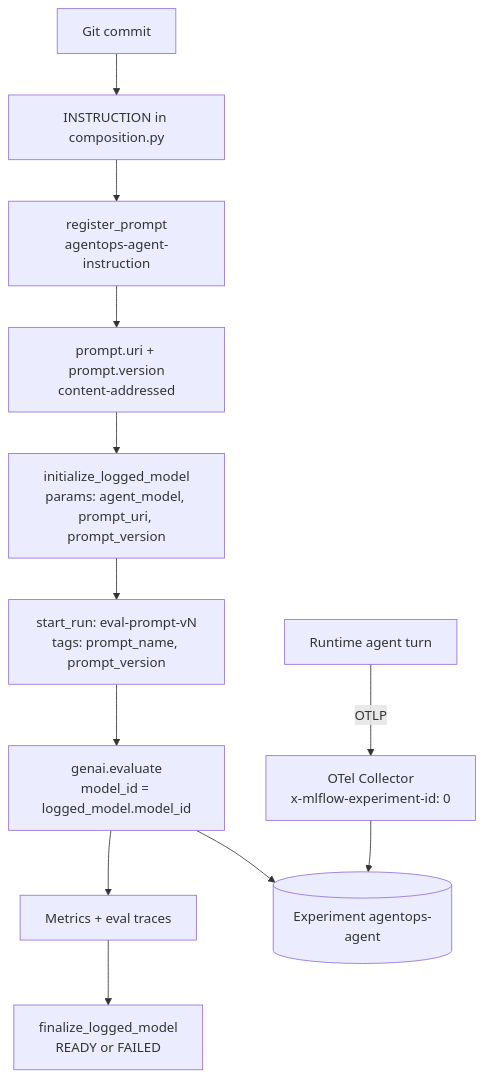
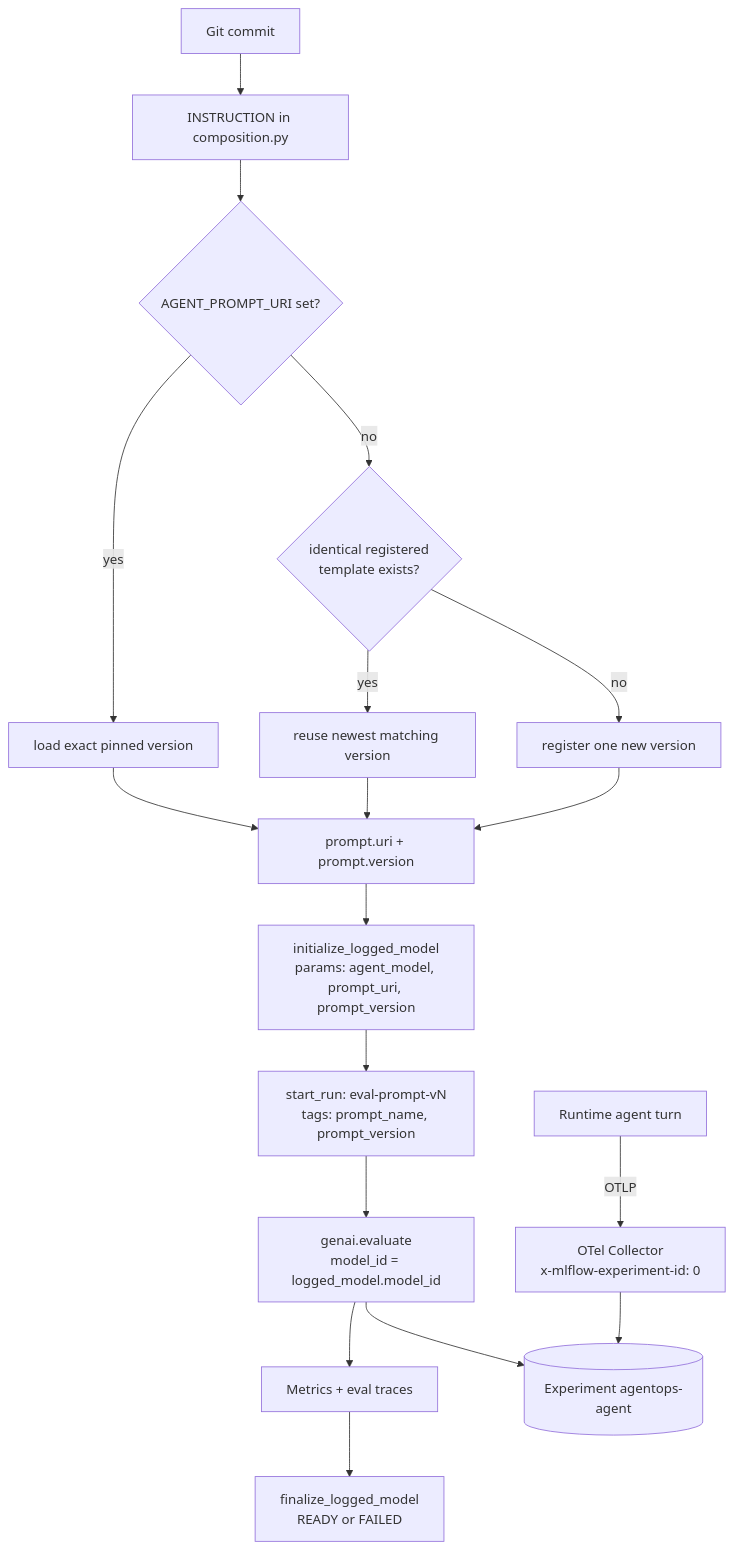
One commit to LuiGGi629/agentops-open-course changed the first of 2 diagrams in docs/7. Observability/7.0. Reproducibility.md. Above: the diagram before and after it, drawn with Mermaid. The commit also changed other lines of this file and 58 other files, not shown here.

````diff
--- a/docs/7. Observability/7.0. Reproducibility.md
+++ b/docs/7. Observability/7.0. Reproducibility.md
@@ -86,14 +86,20 @@
 ```mermaid
 flowchart TD
     Commit[Git commit] --> Instruction[INSTRUCTION in composition.py]
-    Instruction --> Register[register_prompt<br/>agentops-agent-instruction]
-    Register --> Version[prompt.uri + prompt.version<br/>content-addressed]
+    Instruction --> Pin{AGENT_PROMPT_URI set?}
+    Pin -->|"yes"| Load[load exact pinned version]
+    Pin -->|"no"| Match{identical registered<br/>template exists?}
+    Match -->|"yes"| Reuse[reuse newest matching version]
+    Match -->|"no"| Register[register one new version]
+    Load --> Version[prompt.uri + prompt.version]
+    Reuse --> Version
+    Register --> Version
     Version --> Model[initialize_logged_model<br/>params: agent_model, prompt_uri, prompt_version]
     Model --> Run[start_run: eval-prompt-vN<br/>tags: prompt_name, prompt_version]
     Run --> Evaluate[genai.evaluate<br/>model_id = logged_model.model_id]
     Evaluate --> Metrics[Metrics + eval traces]
     Metrics --> Finalize[finalize_logged_model<br/>READY or FAILED]
     Runtime[Runtime agent turn] -->|OTLP| Collector[OTel Collector<br/>x-mlflow-experiment-id: 0]
     Collector --> Experiment[(Experiment agentops-agent)]
     Evaluate --> Experiment
 ```
````
